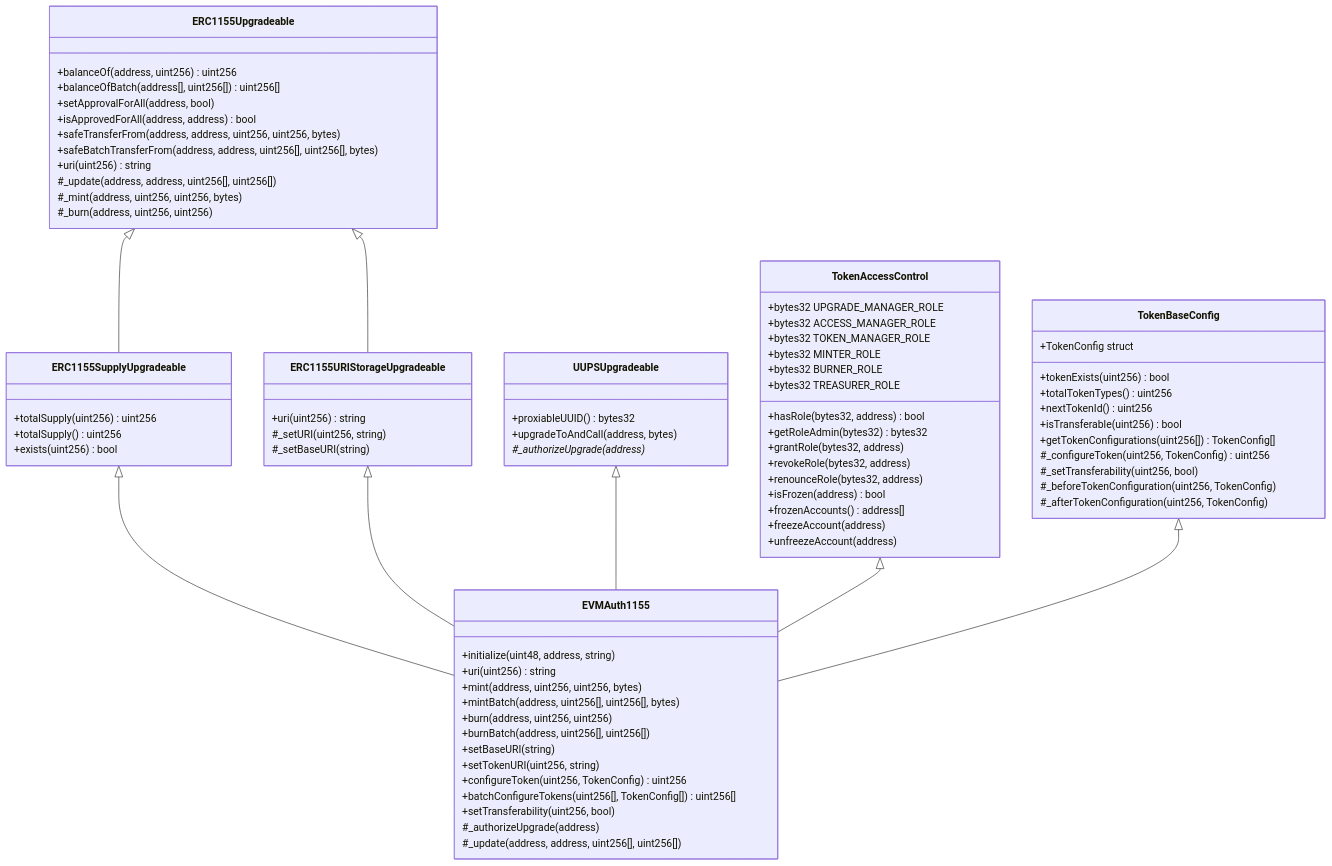
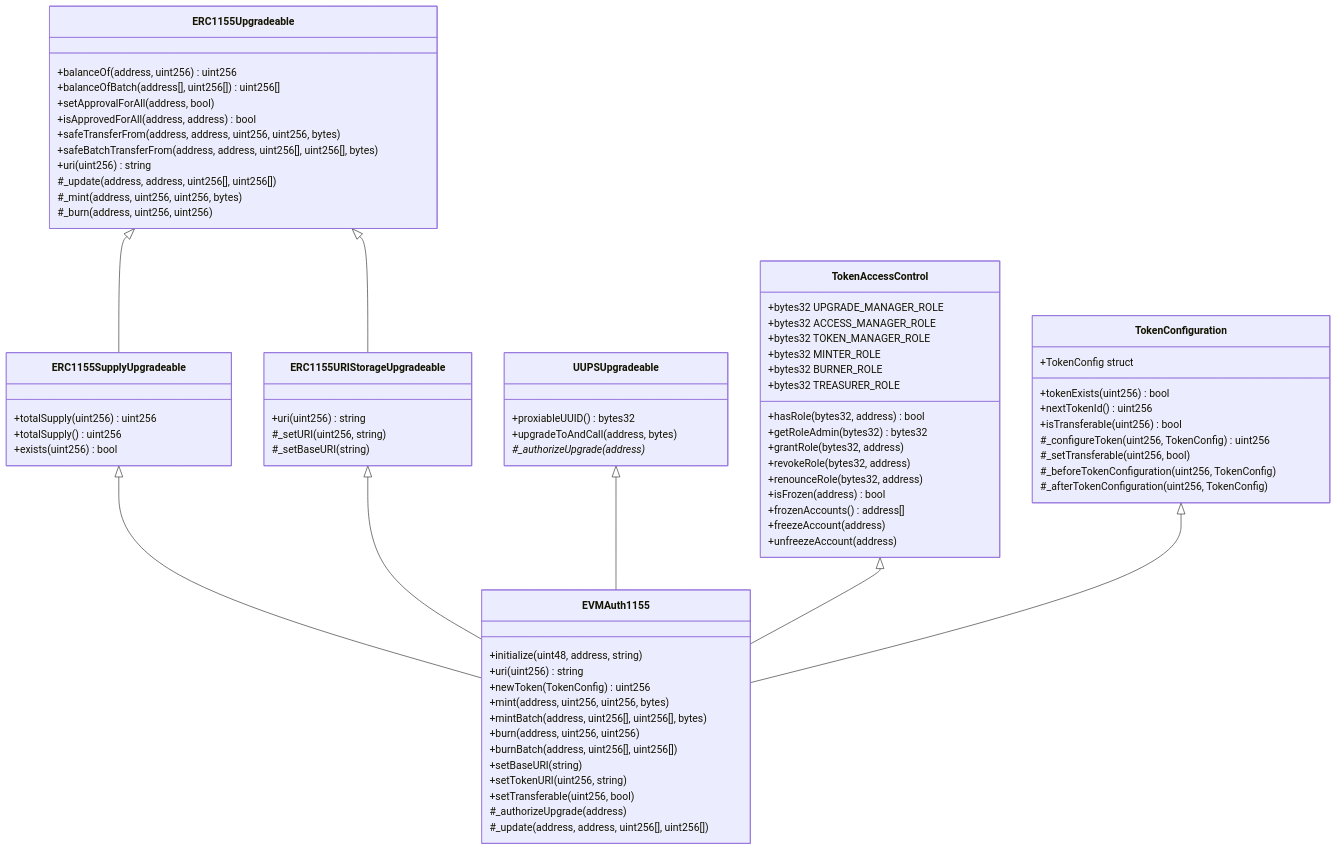
Before and after one commit to glanzz/evmauth-core: the seventh of 18 diagrams in src/README.md, drawn with Mermaid. The commit also changed other lines of this file and 28 other files, not shown here.

Commit message:
refactor: simplify token config

````diff
--- a/src/README.md
+++ b/src/README.md
@@ -424,82 +396,79 @@
 ```mermaid
 classDiagram
     class ERC1155Upgradeable{
         +balanceOf(address, uint256) uint256
         +balanceOfBatch(address[], uint256[]) uint256[]
         +setApprovalForAll(address, bool)
         +isApprovedForAll(address, address) bool
         +safeTransferFrom(address, address, uint256, uint256, bytes)
         +safeBatchTransferFrom(address, address, uint256[], uint256[], bytes)
         +uri(uint256) string
         #_update(address, address, uint256[], uint256[])
         #_mint(address, uint256, uint256, bytes)
         #_burn(address, uint256, uint256)
     }
     class ERC1155SupplyUpgradeable{
         +totalSupply(uint256) uint256
         +totalSupply() uint256
         +exists(uint256) bool
     }
     class ERC1155URIStorageUpgradeable{
         +uri(uint256) string
         #_setURI(uint256, string)
         #_setBaseURI(string)
     }
     class UUPSUpgradeable{
         +proxiableUUID() bytes32
         +upgradeToAndCall(address, bytes)
         #_authorizeUpgrade(address)*
     }
     class TokenAccessControl{
         +bytes32 UPGRADE_MANAGER_ROLE
         +bytes32 ACCESS_MANAGER_ROLE
         +bytes32 TOKEN_MANAGER_ROLE
         +bytes32 MINTER_ROLE
         +bytes32 BURNER_ROLE
         +bytes32 TREASURER_ROLE
         +hasRole(bytes32, address) bool
         +getRoleAdmin(bytes32) bytes32
         +grantRole(bytes32, address)
         +revokeRole(bytes32, address)
         +renounceRole(bytes32, address)
         +isFrozen(address) bool
         +frozenAccounts() address[]
         +freezeAccount(address)
         +unfreezeAccount(address)
     }
-    class TokenBaseConfig{
+    class TokenConfiguration{
         +TokenConfig struct
         +tokenExists(uint256) bool
-        +totalTokenTypes() uint256
         +nextTokenId() uint256
         +isTransferable(uint256) bool
-        +getTokenConfigurations(uint256[]) TokenConfig[]
         #_configureToken(uint256, TokenConfig) uint256
-        #_setTransferability(uint256, bool)
+        #_setTransferable(uint256, bool)
         #_beforeTokenConfiguration(uint256, TokenConfig)
         #_afterTokenConfiguration(uint256, TokenConfig)
     }
     class EVMAuth1155{
         +initialize(uint48, address, string)
         +uri(uint256) string
+        +newToken(TokenConfig) uint256
         +mint(address, uint256, uint256, bytes)
         +mintBatch(address, uint256[], uint256[], bytes)
         +burn(address, uint256, uint256)
         +burnBatch(address, uint256[], uint256[])
         +setBaseURI(string)
         +setTokenURI(uint256, string)
-        +configureToken(uint256, TokenConfig) uint256
-        +batchConfigureTokens(uint256[], TokenConfig[]) uint256[]
-        +setTransferability(uint256, bool)
+        +setTransferable(uint256, bool)
         #_authorizeUpgrade(address)
         #_update(address, address, uint256[], uint256[])
     }
     
     ERC1155Upgradeable <|-- ERC1155SupplyUpgradeable
     ERC1155Upgradeable <|-- ERC1155URIStorageUpgradeable
     ERC1155SupplyUpgradeable <|-- EVMAuth1155
     ERC1155URIStorageUpgradeable <|-- EVMAuth1155
     UUPSUpgradeable <|-- EVMAuth1155
     TokenAccessControl <|-- EVMAuth1155
-    TokenBaseConfig <|-- EVMAuth1155
+    TokenConfiguration <|-- EVMAuth1155
 ```
````
